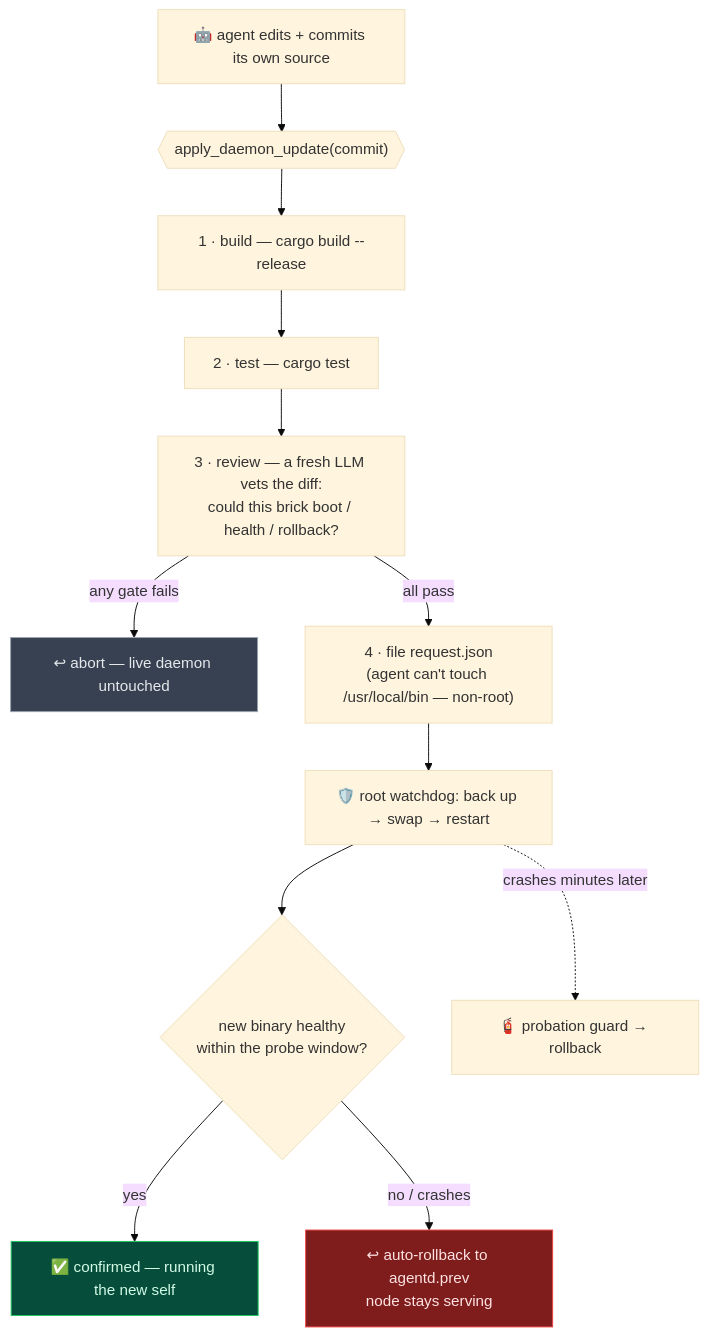
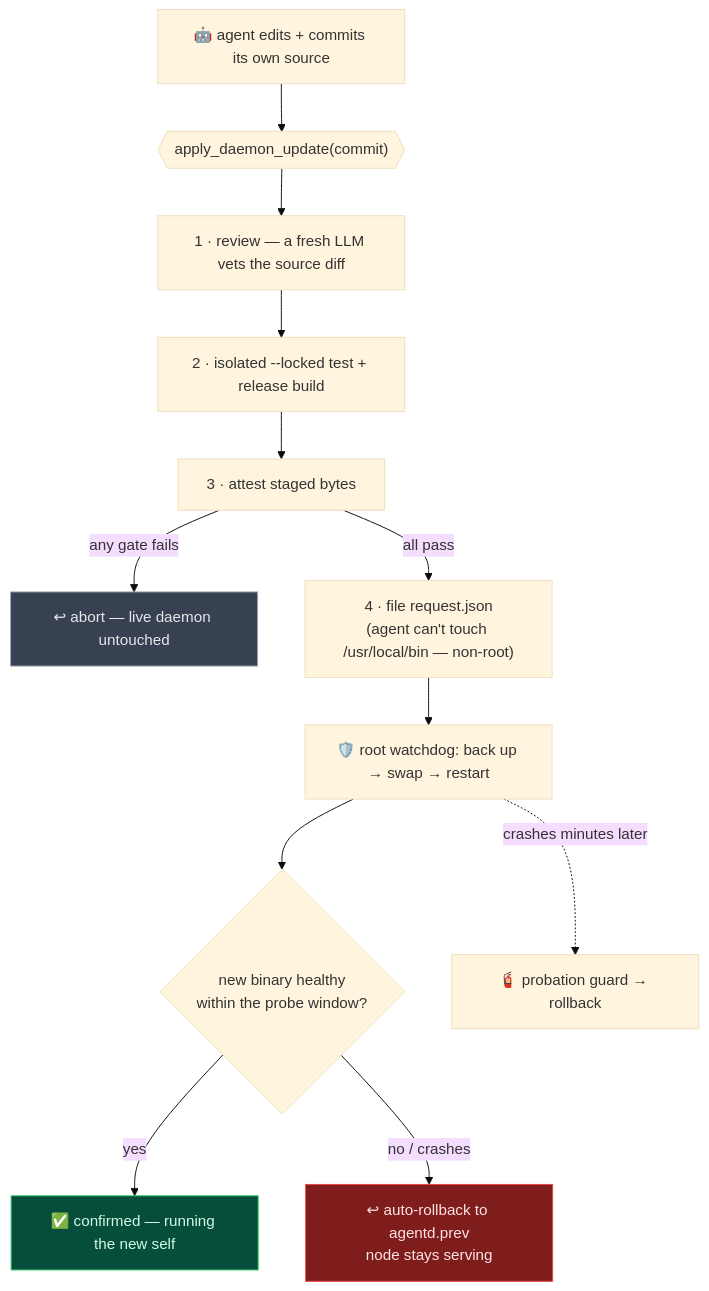
One commit to buckster123/ApexOS-RS changed the second of 5 diagrams in README.md. Above: the diagram before and after it, drawn with Mermaid (base theme). The commit also changed other lines of this file and 8 other files, not shown here.

First line of the commit message:
fix: isolate self-update build; drop test_cmd

````diff
--- a/README.md
+++ b/README.md
@@ -95,17 +95,17 @@
 ```mermaid
 flowchart TD
     A["🤖 agent edits + commits its own source"] --> B{{"apply_daemon_update(commit)"}}
-    B --> C["1 · build — cargo build --release"]
-    C --> D["2 · test — cargo test"]
-    D --> E["3 · review — a fresh LLM vets the diff:<br/>could this brick boot / health / rollback?"]
+    B --> C["1 · review — a fresh LLM vets the source diff"]
+    C --> D["2 · isolated --locked test + release build"]
+    D --> E["3 · attest staged bytes"]
     E -->|any gate fails| X["↩︎ abort — live daemon untouched"]
     E -->|all pass| F["4 · file request.json<br/>(agent can't touch /usr/local/bin — non-root)"]
     F --> G["🛡️ root watchdog: back up → swap → restart"]
     G --> H{"new binary healthy<br/>within the probe window?"}
     H -->|yes| OK["✅ confirmed — running the new self"]
     H -->|no / crashes| RB["↩︎ auto-rollback to agentd.prev<br/>node stays serving"]
     G -.->|crashes minutes later| PROB["🧯 probation guard → rollback"]
     style OK fill:#064e3b,stroke:#22c55e,color:#d1fae5
     style RB fill:#7f1d1d,stroke:#ef4444,color:#fee2e2
     style X fill:#374151,stroke:#9ca3af,color:#e5e7eb
 ```
````
